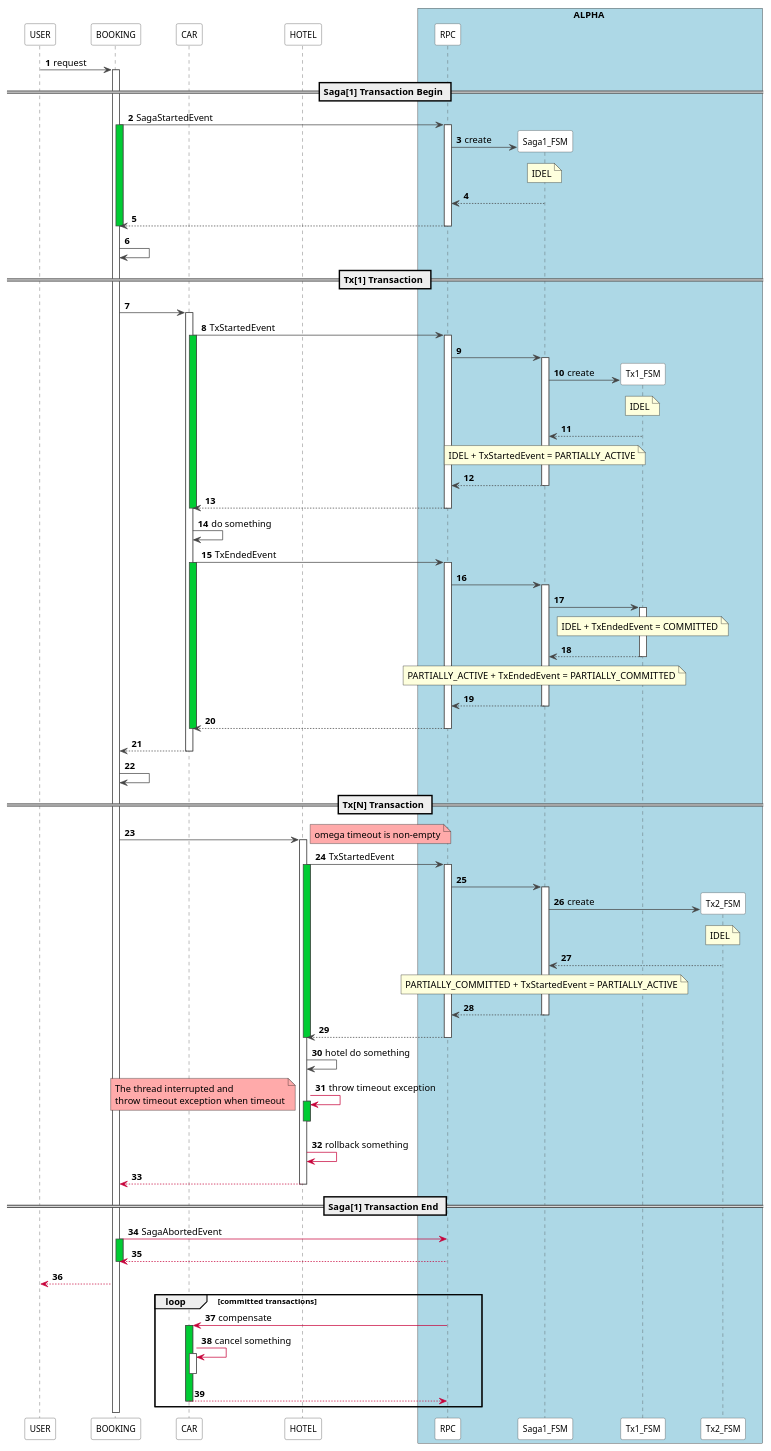
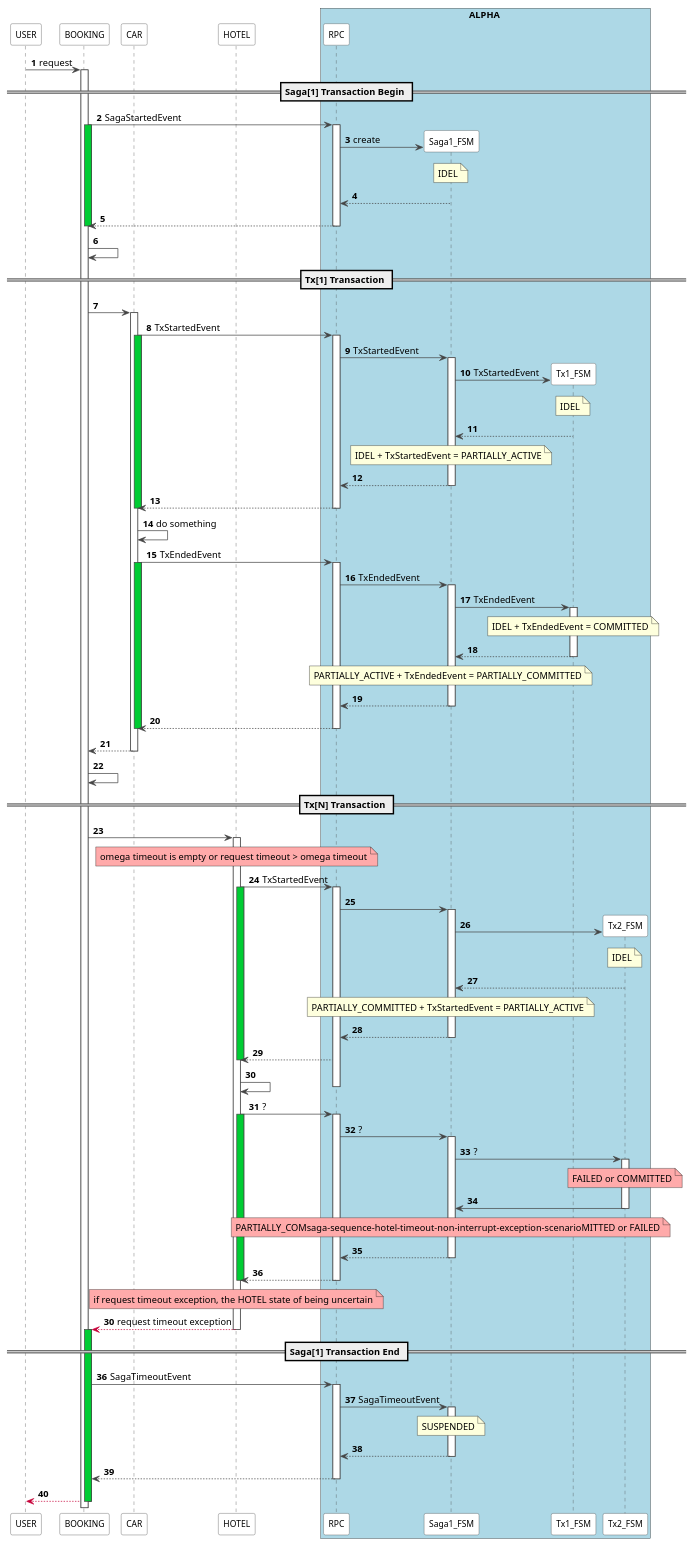
The diagram in state_machine_demo/saga-akkafsm/plantuml/3.saga-sequence-hotel-timeout-non-interrupt-exception-scenario.puml (coolbeevip/playground), drawn with PlantUML before and after one commit. The commit also changed 4 other files, not shown here.

Commit message:
增加场景时序图

```diff
--- a/state_machine_demo/saga-akkafsm/plantuml/3.saga-sequence-hotel-timeout-non-interrupt-exception-scenario.puml
+++ b/state_machine_demo/saga-akkafsm/plantuml/3.saga-sequence-hotel-timeout-non-interrupt-exception-scenario.puml
@@ -1,137 +1,145 @@
 @startuml
 
 autonumber
 skinparam sequence {
-  ParticipantPadding 20
   ParticipantFontSize 12
   ParticipantBorderColor #454545
   ParticipantBackgroundColor White
 
   LifeLineBorderColor #454545
   ArrowColor #454545
 }
 
 participant USER order 1
 participant BOOKING order 2
 participant CAR order 3
 participant HOTEL order 4
 participant RPC order 5
 participant Saga1_FSM order 6
 participant Tx1_FSM order 7
-participant Tx2_FSM order 8
+participant Tx2_FSM order 7
 
 box ALPHA #LightBlue
 	participant RPC
 	participant Saga1_FSM
 	participant Tx1_FSM
 	participant Tx2_FSM
 end box
 
 USER -> BOOKING: request
 activate BOOKING
 
 == Saga[1] Transaction Begin ==
 
 BOOKING -> RPC : SagaStartedEvent
 activate BOOKING #00CC33
 activate RPC
 create Saga1_FSM
 RPC -> Saga1_FSM: create
 note over of Saga1_FSM: IDEL
 Saga1_FSM --> RPC
 RPC --> BOOKING
 deactivate BOOKING
 deactivate RPC
 BOOKING -> BOOKING
 
 == Tx[1] Transaction ==
 
 BOOKING -> CAR
 activate CAR
 CAR -> RPC : TxStartedEvent
 activate CAR #00CC33
 activate RPC
-RPC -> Saga1_FSM
+RPC -> Saga1_FSM: TxStartedEvent
 activate Saga1_FSM
 create Tx1_FSM
-Saga1_FSM -> Tx1_FSM: create
+Saga1_FSM -> Tx1_FSM: TxStartedEvent
 note over of Tx1_FSM: IDEL
 Tx1_FSM --> Saga1_FSM
-note over of Saga1_FSM : IDEL + TxStartedEvent = PARTIALLY_ACTIVE
+note over of Saga1_FSM: IDEL + TxStartedEvent = PARTIALLY_ACTIVE
 Saga1_FSM --> RPC
 deactivate Saga1_FSM
 RPC --> CAR
 deactivate CAR
 deactivate RPC
 CAR -> CAR: do something
 CAR -> RPC : TxEndedEvent
 activate CAR #00CC33
 activate RPC
-RPC -> Saga1_FSM
+RPC -> Saga1_FSM: TxEndedEvent
 activate Saga1_FSM
-Saga1_FSM -> Tx1_FSM
+Saga1_FSM -> Tx1_FSM: TxEndedEvent
 activate Tx1_FSM
 note over of Tx1_FSM: IDEL + TxEndedEvent = COMMITTED
 Tx1_FSM --> Saga1_FSM
 deactivate Tx1_FSM
-note over of Saga1_FSM : PARTIALLY_ACTIVE + TxEndedEvent = PARTIALLY_COMMITTED
+note over of Saga1_FSM: PARTIALLY_ACTIVE + TxEndedEvent = PARTIALLY_COMMITTED
 Saga1_FSM --> RPC
 deactivate Saga1_FSM
 RPC --> CAR
 deactivate CAR
 deactivate RPC
 CAR --> BOOKING
 deactivate CAR
 BOOKING -> BOOKING
 
 == Tx[N] Transaction ==
 
 BOOKING -> HOTEL
-note right #FFAAAA: omega timeout is non-empty
 activate HOTEL
+note over HOTEL #FFAAAA: omega timeout is empty or request timeout > omega timeout
 HOTEL -> RPC : TxStartedEvent
 activate HOTEL #00CC33
 activate RPC
 RPC -> Saga1_FSM
 activate Saga1_FSM
 create Tx2_FSM
-Saga1_FSM -> Tx2_FSM: create
-note over of Tx2_FSM: IDEL
+Saga1_FSM -> Tx2_FSM
+note over Tx2_FSM: IDEL
 Tx2_FSM --> Saga1_FSM
-note over of Saga1_FSM : PARTIALLY_COMMITTED + TxStartedEvent = PARTIALLY_ACTIVE
+note over of Saga1_FSM: PARTIALLY_COMMITTED + TxStartedEvent = PARTIALLY_ACTIVE
 Saga1_FSM --> RPC
 deactivate Saga1_FSM
 RPC --> HOTEL
 deactivate HOTEL
+HOTEL -> HOTEL
 deactivate RPC
-HOTEL -> HOTEL: hotel do something
-HOTEL -[#C70039]> HOTEL : throw timeout exception
+HOTEL -> RPC : ?
 activate HOTEL #00CC33
+activate RPC
+RPC -> Saga1_FSM: ?
+activate Saga1_FSM
+Saga1_FSM -> Tx2_FSM: ?
+activate Tx2_FSM
+note over Tx2_FSM #FFAAAA: FAILED or COMMITTED
+Tx2_FSM -> Saga1_FSM
+deactivate Tx2_FSM
+note over Saga1_FSM #FFAAAA: PARTIALLY_COMsaga-sequence-hotel-timeout-non-interrupt-exception-scenarioMITTED or FAILED
+Saga1_FSM --> RPC
+deactivate Saga1_FSM
+RPC --> HOTEL
+deactivate RPC
 deactivate HOTEL
-note left #FFAAAA
- The thread interrupted and
- throw timeout exception when timeout
-end note
-HOTEL -[#C70039]> HOTEL: rollback something
-HOTEL --[#C70039]> BOOKING
+note over HOTEL #FFAAAA : if request timeout exception, the HOTEL state of being uncertain
+autonumber 30
+HOTEL --[#C70039]> BOOKING : request timeout exception
 deactivate HOTEL
+
 
 == Saga[1] Transaction End ==
 
-BOOKING -[#C70039]> RPC : SagaAbortedEvent
 activate BOOKING #00CC33
-RPC --[#C70039]> BOOKING
+autonumber 36
+BOOKING -> RPC : SagaTimeoutEvent
+activate RPC
+RPC -> Saga1_FSM : SagaTimeoutEvent
+activate Saga1_FSM
+note over of Saga1_FSM: SUSPENDED
+Saga1_FSM --> RPC
+deactivate Saga1_FSM
+RPC --> BOOKING
+deactivate RPC
+BOOKING --[#C70039]> USER
 deactivate BOOKING
-BOOKING --[#C70039]> USER
-
-loop committed transactions
-RPC -[#C70039]> CAR : compensate
-activate CAR #00CC33
-CAR -[#C70039]> CAR: cancel something
-activate CAR
-deactivate CAR
-CAR --[#C70039]> RPC
-deactivate CAR
-end
 
 @enduml
```
